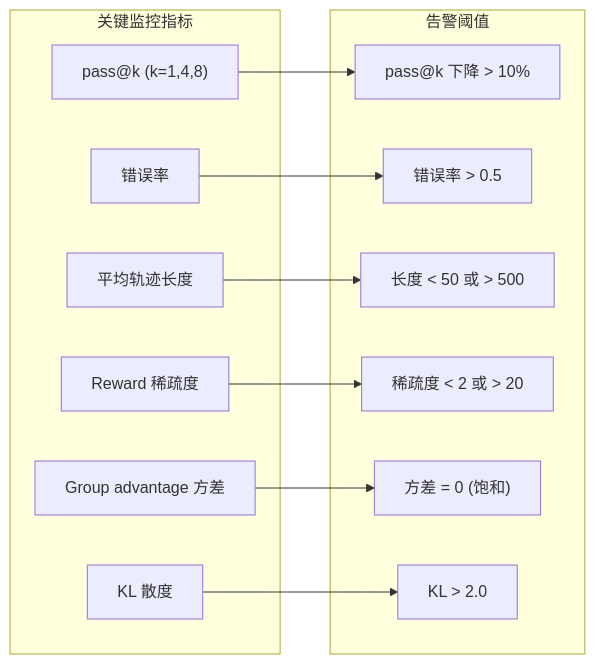
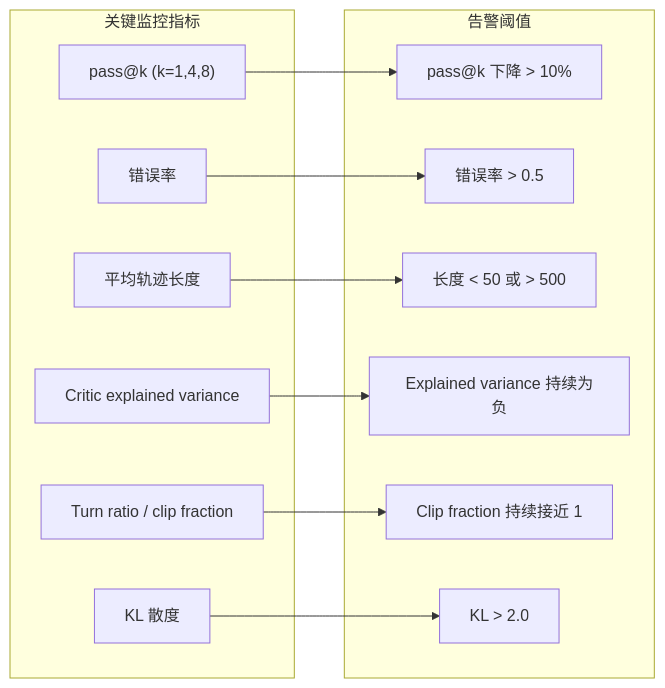
One commit to iOPEN-Xing/agentic-rl changed diagram 14 of 14 in docs/HARDWARE_ADAPTATION_PLAN.md. Above: the diagram before and after it, drawn with Mermaid. The commit also changed other lines of this file and 18 other files, not shown here.

````diff
--- a/docs/HARDWARE_ADAPTATION_PLAN.md
+++ b/docs/HARDWARE_ADAPTATION_PLAN.md
@@ -1095,27 +1034,27 @@
 ```mermaid
 graph LR
     subgraph Metrics["关键监控指标"]
         M1["pass@k (k=1,4,8)"]
         M2["错误率"]
         M3["平均轨迹长度"]
-        M4["Reward 稀疏度"]
-        M5["Group advantage 方差"]
+        M4["Critic explained variance"]
+        M5["Turn ratio / clip fraction"]
         M6["KL 散度"]
     end
     
     subgraph Alerts["告警阈值"]
         A1["pass@k 下降 > 10%"]
         A2["错误率 > 0.5"]
         A3["长度 < 50 或 > 500"]
-        A4["稀疏度 < 2 或 > 20"]
-        A5["方差 = 0 (饱和)"]
+        A4["Explained variance 持续为负"]
+        A5["Clip fraction 持续接近 1"]
         A6["KL > 2.0"]
     end
     
     M1 --> A1
     M2 --> A2
     M3 --> A3
     M4 --> A4
     M5 --> A5
     M6 --> A6
 ```
````
